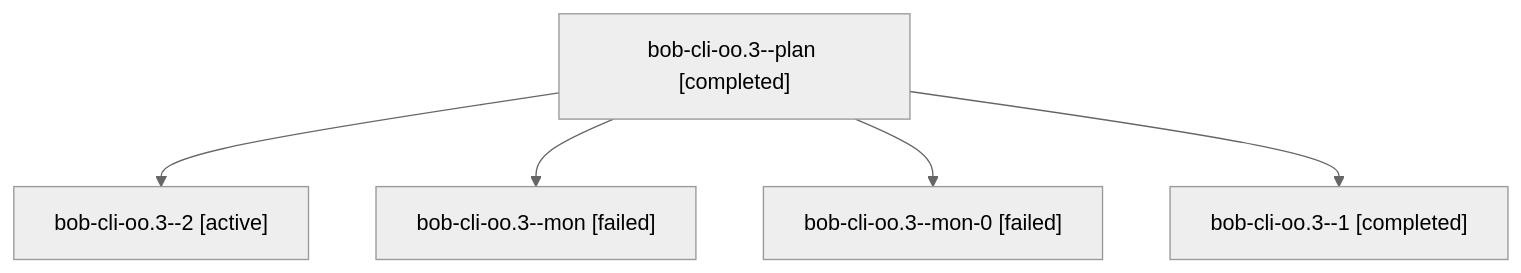
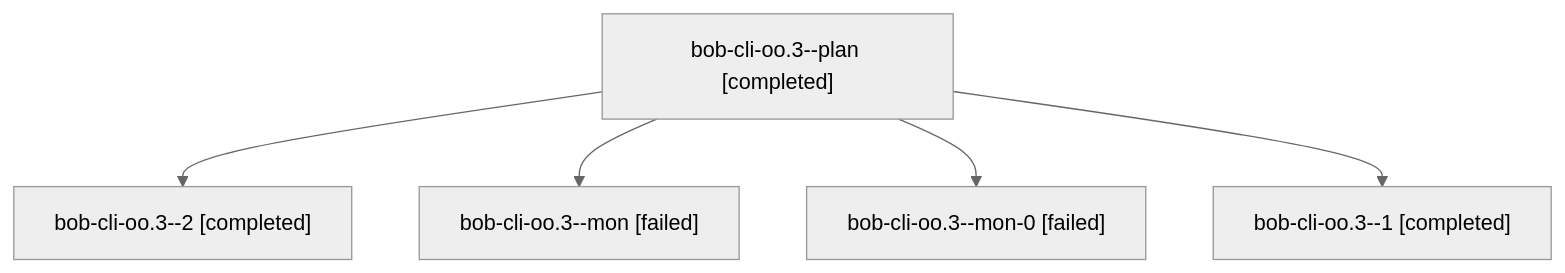
Before and after one commit to bobs-org/bob-cli--agents: the diagram in sessions/bbugyi200.apollo.bob-cli-oo.3.md, drawn with Mermaid (neutral theme). The commit also changed other lines of this file and 16 other files, not shown here.

````diff
--- a/sessions/bbugyi200.apollo.bob-cli-oo.3.md
+++ b/sessions/bbugyi200.apollo.bob-cli-oo.3.md
@@ -9,12 +9,12 @@
 ```mermaid
 flowchart TD
   n0["bob-cli-oo.3--plan [completed]"]
-  n1["bob-cli-oo.3--2 [active]"]
+  n1["bob-cli-oo.3--2 [completed]"]
   n0 --> n1
   n2["bob-cli-oo.3--mon [failed]"]
   n0 --> n2
   n3["bob-cli-oo.3--mon-0 [failed]"]
   n0 --> n3
   n4["bob-cli-oo.3--1 [completed]"]
   n0 --> n4
 ```
````
